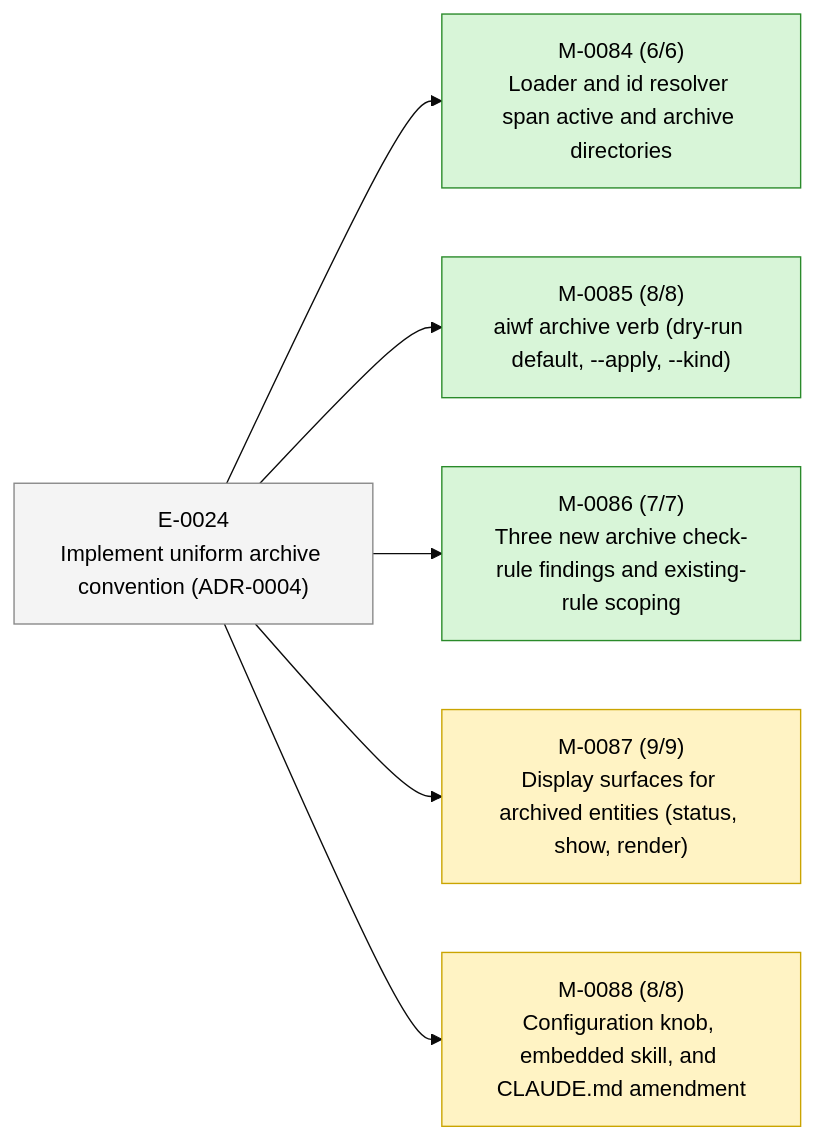
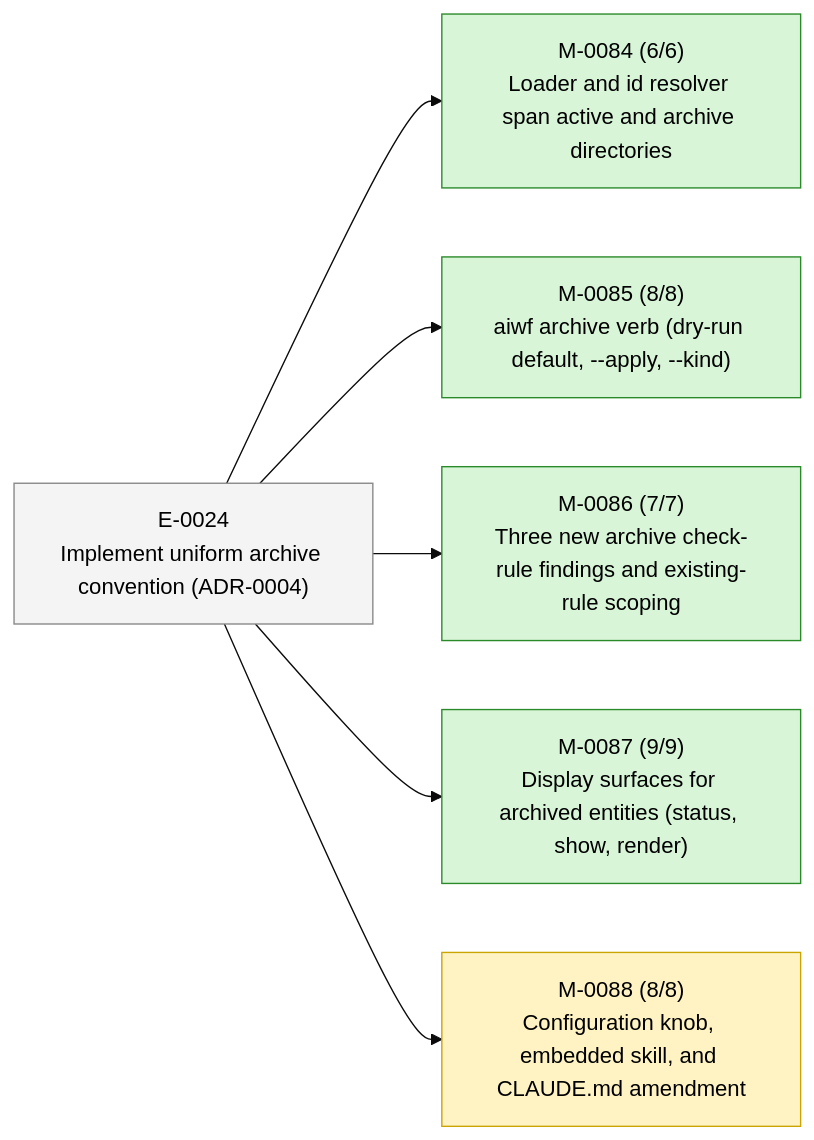
One commit to 23min/aiwf changed the second of 2 diagrams in STATUS.md. Above: the diagram before and after it, drawn with Mermaid (base theme). The commit also changed other lines of this file and 1 other file, not shown here.

First line of the commit message:
aiwf promote M-0087 in_progress -> done

````diff
--- a/STATUS.md
+++ b/STATUS.md
@@ -49,20 +49,20 @@
 ```mermaid
 flowchart LR
   E_0024["E-0024<br/>Implement uniform archive convention (ADR-0004)"]:::epic_proposed
   M_0084["M-0084 (6/6)<br/>Loader and id resolver span active and archive directories"]:::ms_done
   E_0024 --> M_0084
   M_0085["M-0085 (8/8)<br/>aiwf archive verb (dry-run default, --apply, --kind)"]:::ms_done
   E_0024 --> M_0085
   M_0086["M-0086 (7/7)<br/>Three new archive check-rule findings and existing-rule scoping"]:::ms_done
   E_0024 --> M_0086
-  M_0087["M-0087 (9/9)<br/>Display surfaces for archived entities (status, show, render)"]:::ms_in_progress
+  M_0087["M-0087 (9/9)<br/>Display surfaces for archived entities (status, show, render)"]:::ms_done
   E_0024 --> M_0087
   M_0088["M-0088 (8/8)<br/>Configuration knob, embedded skill, and CLAUDE.md amendment"]:::ms_in_progress
   E_0024 --> M_0088
   classDef epic_active fill:#d6eaff,stroke:#1a73e8,color:#000
   classDef epic_proposed fill:#f4f4f4,stroke:#888,color:#000
   classDef ms_done fill:#d8f5d8,stroke:#2a8a2a,color:#000
   classDef ms_in_progress fill:#fff3c4,stroke:#caa400,color:#000
   classDef ms_draft fill:#f4f4f4,stroke:#888,color:#000
   classDef ms_cancelled fill:#fbeaea,stroke:#c33,color:#000
 ```
````
